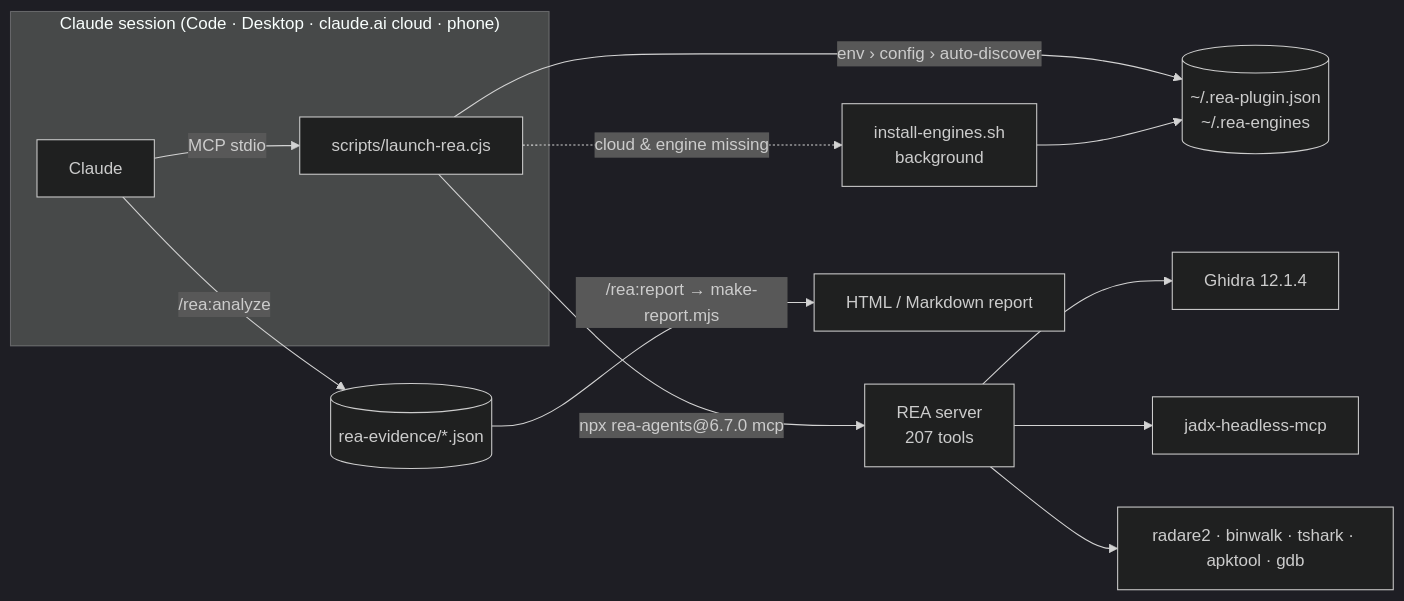
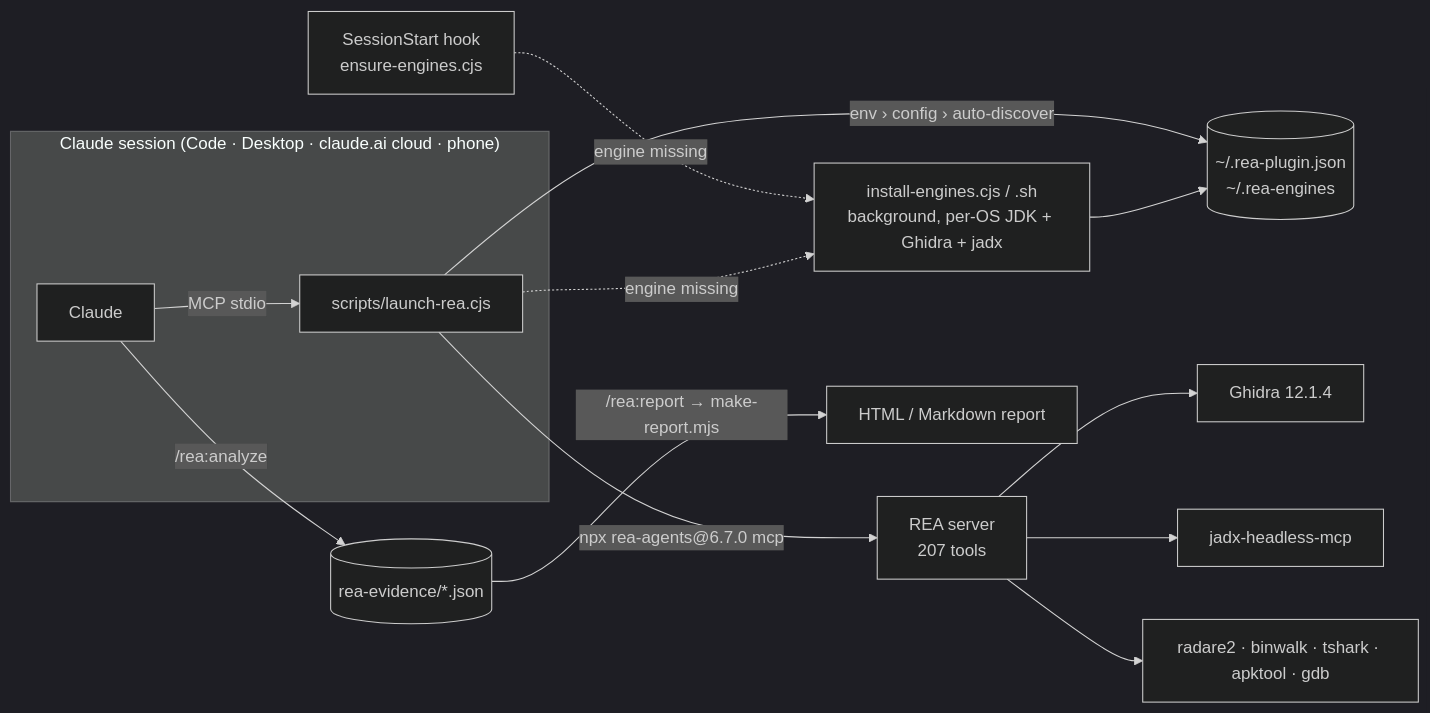
The diagram in README.md (NoLucas/REA-for-Claude), drawn with Mermaid (dark theme) before and after one commit. The commit also changed other lines of this file and 18 other files, not shown here.

````diff
--- a/README.md
+++ b/README.md
@@ -145,15 +165,16 @@
 ```mermaid
 flowchart LR
   subgraph Claude["Claude session (Code · Desktop · claude.ai cloud · phone)"]
     A[Claude] -->|MCP stdio| L[scripts/launch-rea.cjs]
   end
   L -->|env › config › auto-discover| C[(~/.rea-plugin.json<br/>~/.rea-engines)]
   L -->|npx rea-agents@6.7.0 mcp| R[REA server<br/>207 tools]
-  L -. cloud & engine missing .-> I[install-engines.sh<br/>background]
+  H[SessionStart hook<br/>ensure-engines.cjs] -. engine missing .-> I[install-engines.cjs / .sh<br/>background, per-OS JDK + Ghidra + jadx]
+  L -. engine missing .-> I
   I --> C
   R --> G[Ghidra 12.1.4]
   R --> J[jadx-headless-mcp]
   R --> T[radare2 · binwalk · tshark · apktool · gdb]
   A -->|/rea:analyze| E[(rea-evidence/*.json)]
   E -->|/rea:report → make-report.mjs| P[HTML / Markdown report]
 ```
````
